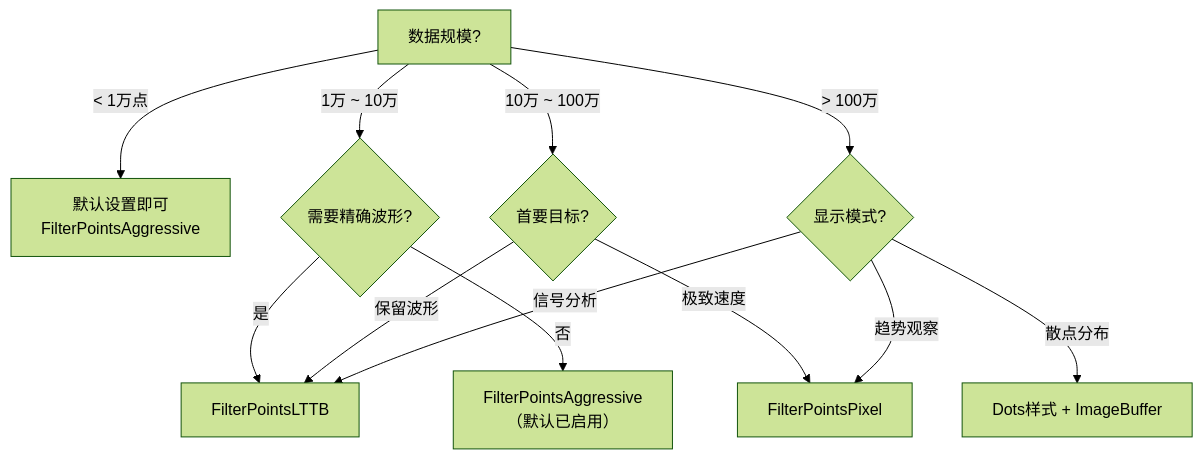
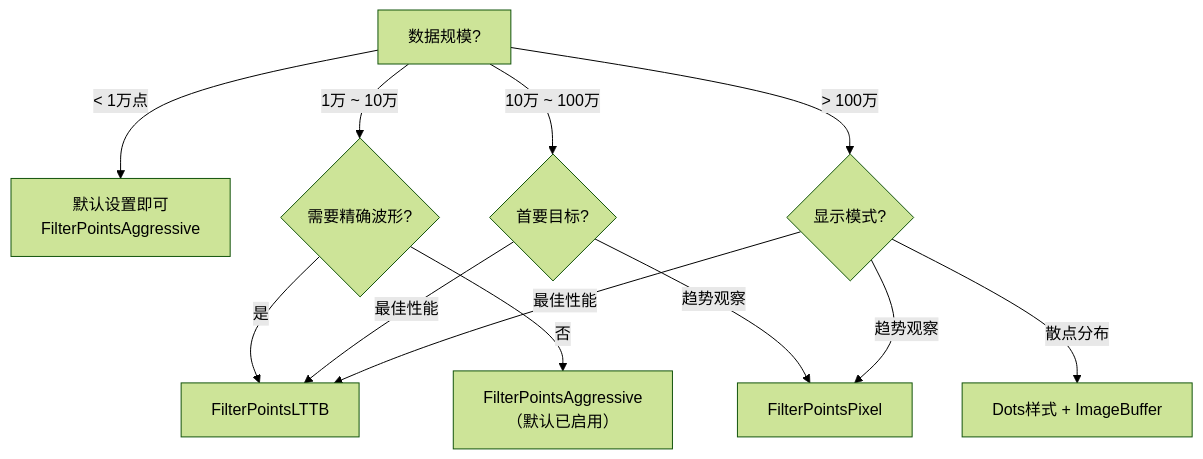
Before and after one commit to space-ast/QWT: the second of 2 diagrams in docs/zh/use-guide/curve.md, drawn with Mermaid (forest theme). The commit also changed other lines of this file and 4 other files, not shown here.

````diff
--- a/docs/zh/use-guide/curve.md
+++ b/docs/zh/use-guide/curve.md
@@ -375,14 +376,14 @@
 ```mermaid
 graph TD
     A[数据规模?] -->|"< 1万点"| B[默认设置即可<br/>FilterPointsAggressive]
     A -->|"1万 ~ 10万"| C{需要精确波形?}
     C -->|是| D[FilterPointsLTTB]
     C -->|否| E[FilterPointsAggressive<br/>（默认已启用）]
     A -->|"10万 ~ 100万"| F{首要目标?}
-    F -->|极致速度| G[FilterPointsPixel]
-    F -->|保留波形| D
+    F -->|最佳性能| D
+    F -->|趋势观察| G[FilterPointsPixel]
     A -->|"> 100万"| H{显示模式?}
+    H -->|最佳性能| D
+    H -->|散点分布| I["Dots样式 + ImageBuffer"]
     H -->|趋势观察| G
-    H -->|散点分布| I["Dots样式 + ImageBuffer"]
-    H -->|信号分析| D
 ```
````
